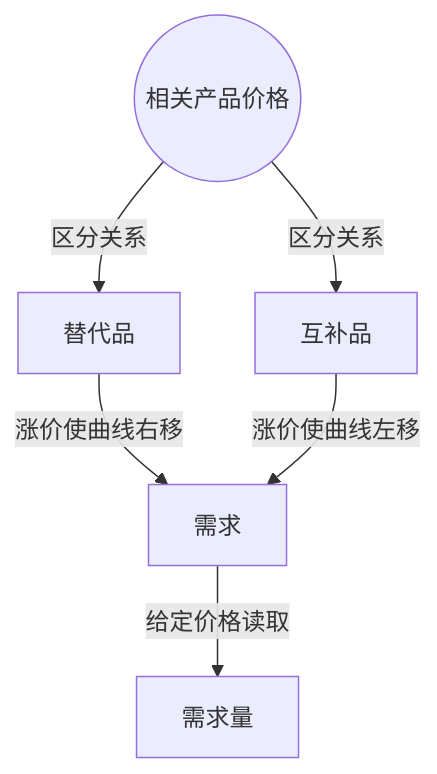
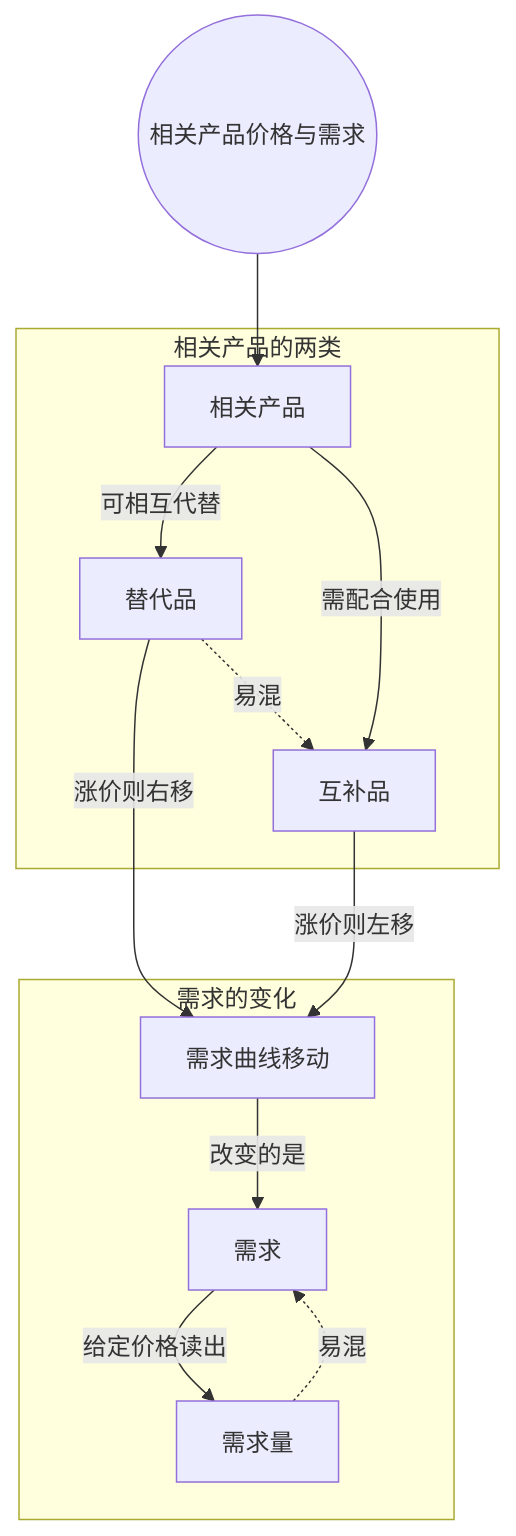
One commit to lucky-Luor/bilibili-douyin-notes changed the diagram in examples/可汗微观经济学-前15集/notes/009-第9讲 相关产品价格和需求.md. Above: the diagram before and after it, drawn with Mermaid. The commit also changed other lines of this file and 18 other files, not shown here.

````diff
--- a/examples/可汗微观经济学-前15集/notes/009-第9讲 相关产品价格和需求.md
+++ b/examples/可汗微观经济学-前15集/notes/009-第9讲 相关产品价格和需求.md
@@ -37,8 +107,17 @@
 ```mermaid
 graph TD
-  R((相关产品价格)) -->|区分关系| S[替代品]
-  R -->|区分关系| C[互补品]
-  S -->|涨价使曲线右移| D[需求]
-  C -->|涨价使曲线左移| D
-  D -->|给定价格读取| Q[需求量]
+  R((相关产品价格与需求))
+  subgraph 相关产品的两类
+    RP[相关产品] -->|可相互代替| S[替代品]
+    RP -->|需配合使用| C[互补品]
+  end
+  subgraph 需求的变化
+    SH[需求曲线移动] -->|改变的是| D[需求]
+    D -->|给定价格读出| Q[需求量]
+  end
+  R --> RP
+  S -->|涨价则右移| SH
+  C -->|涨价则左移| SH
+  S -.->|易混| C
+  Q -.->|易混| D
 ```
````
